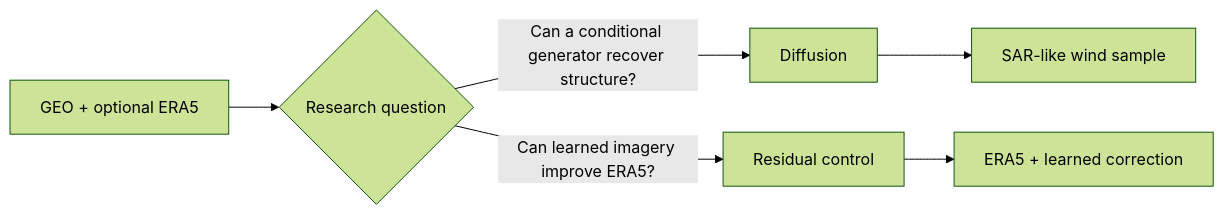
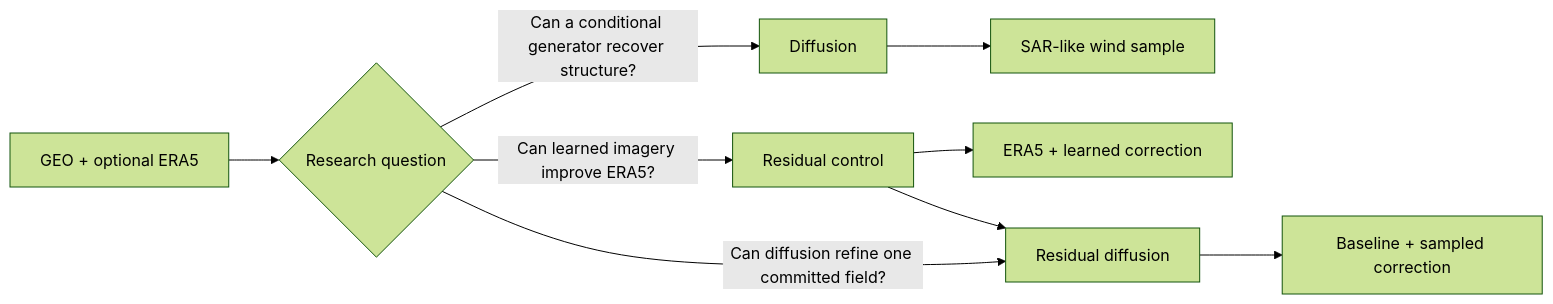
The diagram in docs/models/index.md (simon-donike/geo2wf), drawn with Mermaid (forest theme) before and after one commit. The commit also changed other lines of this file and 10 other files, not shown here.

Commit message:
implement residual diffusion task

````diff
--- a/docs/models/index.md
+++ b/docs/models/index.md
@@ -15,8 +14,11 @@
 ```mermaid
 flowchart LR
   C[GEO + optional ERA5] --> Q{Research question}
   Q -->|Can a conditional generator recover structure?| D[Diffusion]
   Q -->|Can learned imagery improve ERA5?| R[Residual control]
+  Q -->|Can diffusion refine one committed field?| RD[Residual diffusion]
   D --> Y[SAR-like wind sample]
   R --> Z[ERA5 + learned correction]
+  R --> RD
+  RD --> W[Baseline + sampled correction]
 ```
````
